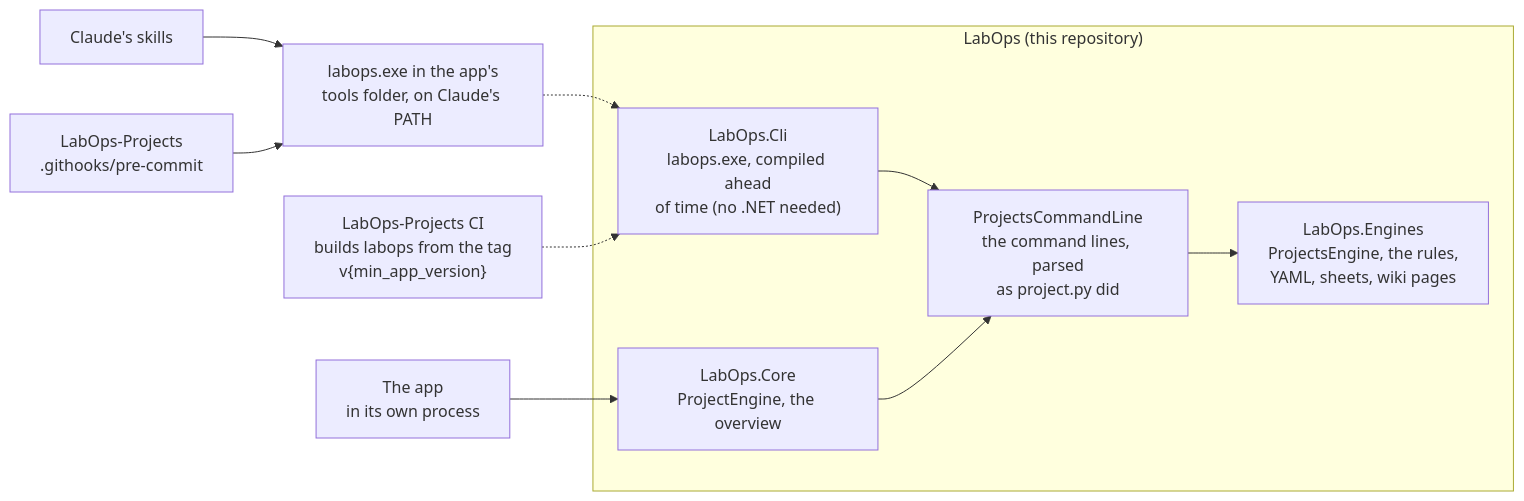
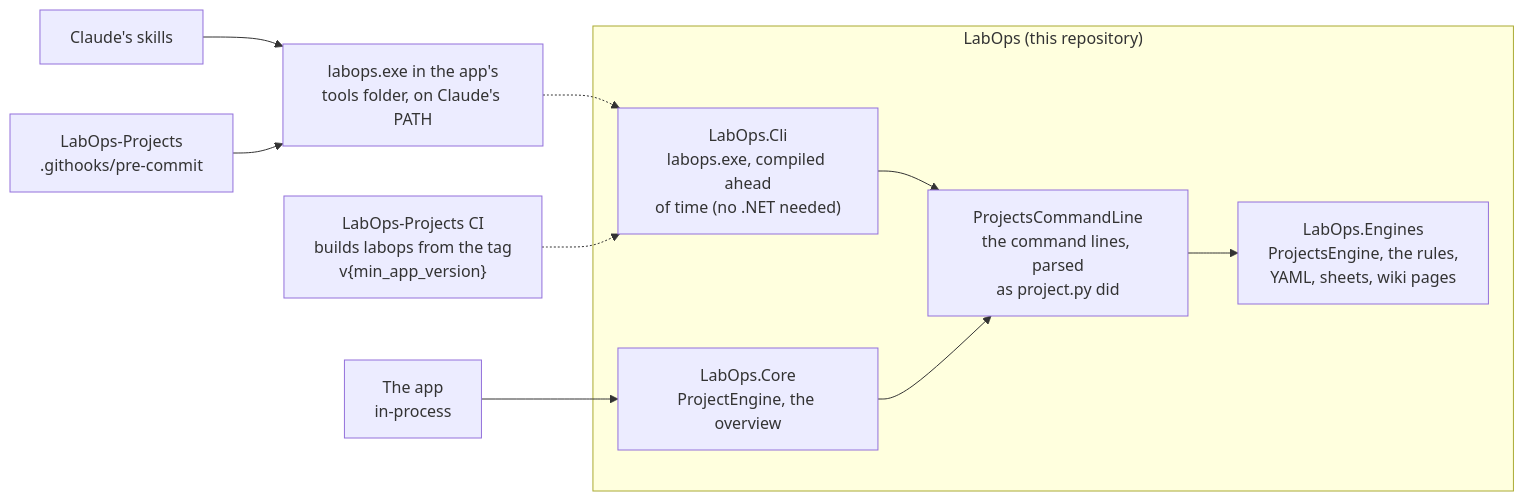
Before and after one commit to uw-maccosslab/LabOps: the second of 11 diagrams in docs/engines.md, drawn with Mermaid. The commit also changed other lines of this file and 3 other files, not shown here.

````diff
--- a/docs/engines.md
+++ b/docs/engines.md
@@ -79,18 +79,18 @@
 ```mermaid
 flowchart LR
     subgraph labopsRepo["LabOps (this repository)"]
         engines["LabOps.Engines<br/>ProjectsEngine, the rules,<br/>YAML, sheets, wiki pages"]
         cmd["ProjectsCommandLine<br/>the command lines, parsed<br/>as project.py did"]
         cli["LabOps.Cli<br/>labops.exe, compiled ahead<br/>of time (no .NET needed)"]
         core["LabOps.Core<br/>ProjectEngine, the overview"]
         cmd --> engines
         cli --> cmd
         core --> cmd
     end
 
-    app["The app<br/>in its own process"] --> core
+    app["The app<br/>in-process"] --> core
     tools["labops.exe in the app's<br/>tools folder, on Claude's PATH"] -.-> cli
     claude["Claude's skills"] --> tools
     hook["LabOps-Projects<br/>.githooks/pre-commit"] --> tools
     ci["LabOps-Projects CI<br/>builds labops from the tag<br/>v{min_app_version}"] -.-> cli
 ```
````
